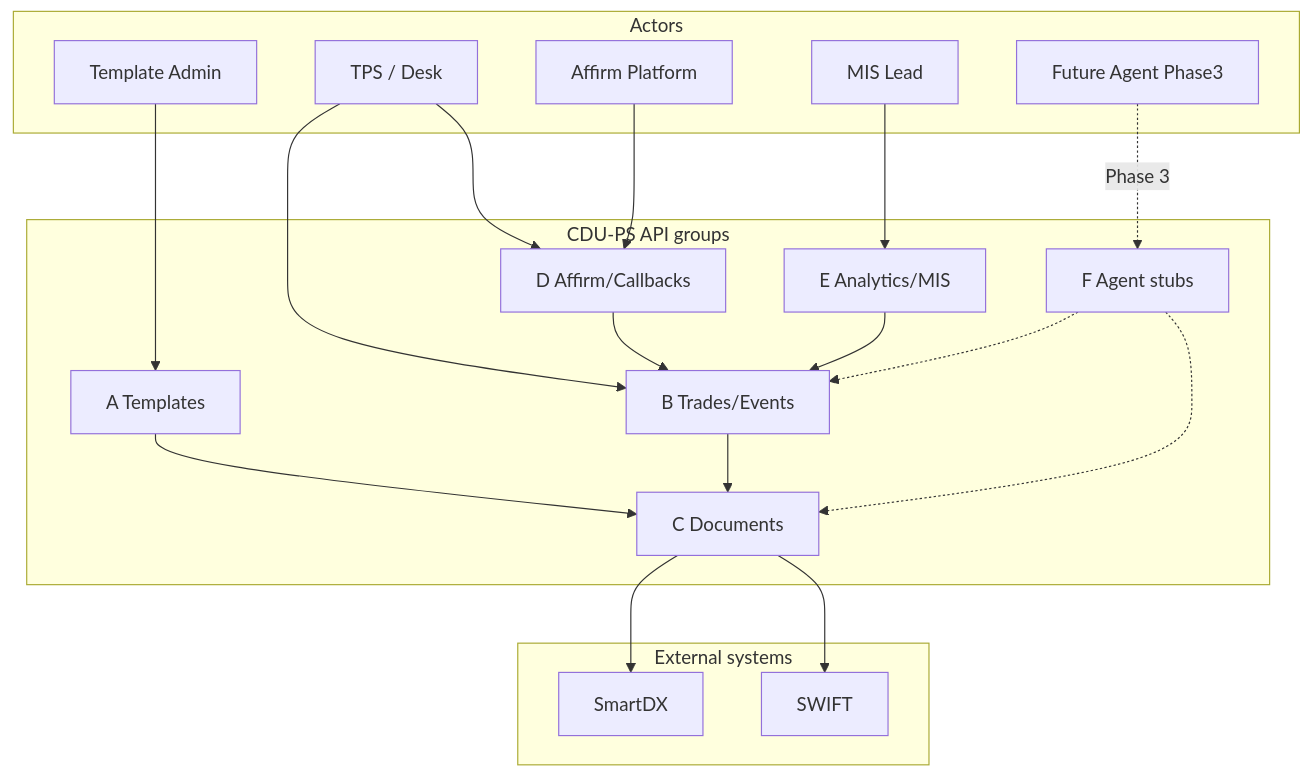
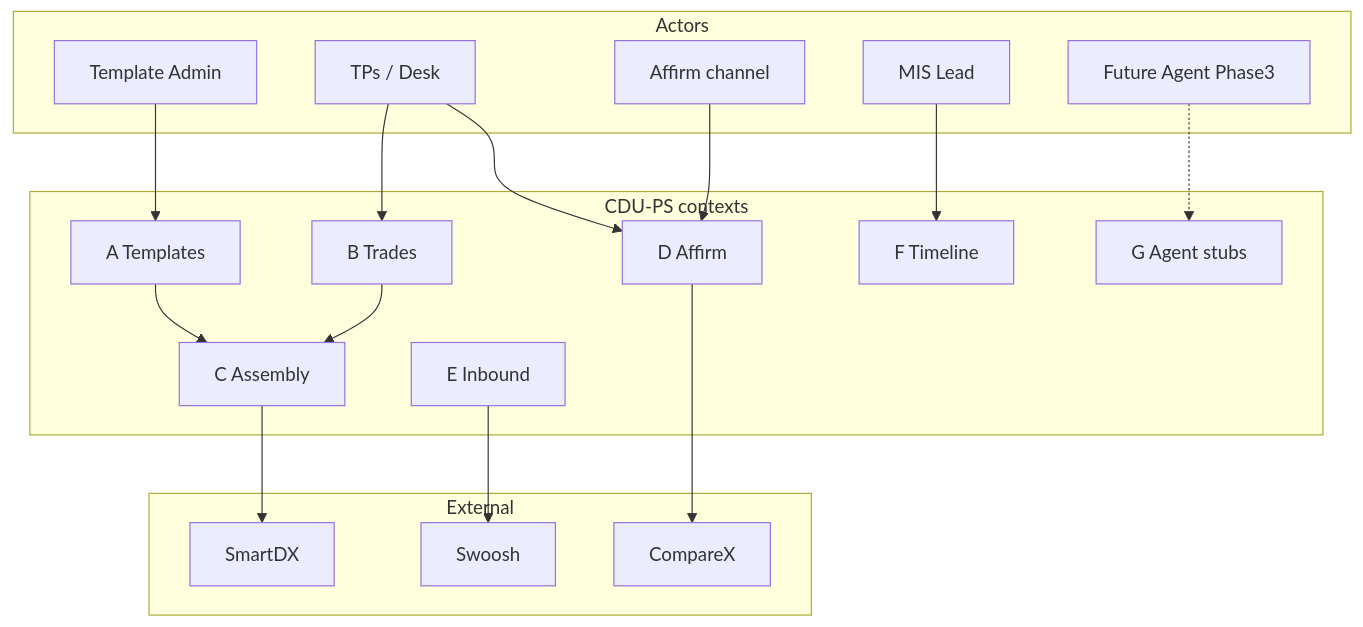
The first of 2 diagrams in specs/api/openapi.md (dae-nan/con4m8ions), drawn with Mermaid before and after one commit. The commit also changed other lines of this file and 6 other files, not shown here.

First line of the commit message:
PRD v1.3: target arch, DDD, timeline, TemplatePackage LDM

````diff
--- a/specs/api/openapi.md
+++ b/specs/api/openapi.md
@@ -61,39 +65,35 @@
 ```mermaid
 flowchart TB
   subgraph Actors
     TA[Template Admin]
-    TPS[TPS / Desk]
-    AFF[Affirm Platform]
+    TPs[TPs / Desk]
+    AFF[Affirm channel]
     MIS[MIS Lead]
     AG[Future Agent Phase3]
   end
-
-  subgraph CDU["CDU-PS API groups"]
+  subgraph CDU[CDU-PS contexts]
     A[A Templates]
-    B[B Trades/Events]
-    C[C Documents]
-    D[D Affirm/Callbacks]
-    E[E Analytics/MIS]
-    F[F Agent stubs]
+    B[B Trades]
+    C[C Assembly]
+    D[D Affirm]
+    E[E Inbound]
+    F[F Timeline]
+    G[G Agent stubs]
   end
-
-  subgraph Ext["External systems"]
+  subgraph Ext[External]
     SDX[SmartDX]
-    SWIFT[SWIFT]
+    SW[Swoosh]
+    CX[CompareX]
   end
-
   TA --> A
-  TPS --> B
-  TPS --> D
+  TPs --> B
+  TPs --> D
   AFF --> D
-  MIS --> E
-  AG -.->|Phase 3| F
+  MIS --> F
+  AG -.-> G
   C --> SDX
-  C --> SWIFT
+  E --> SW
+  D --> CX
   B --> C
   A --> C
-  D --> B
-  E --> B
-  F -.-> B
-  F -.-> C
 ```
````
